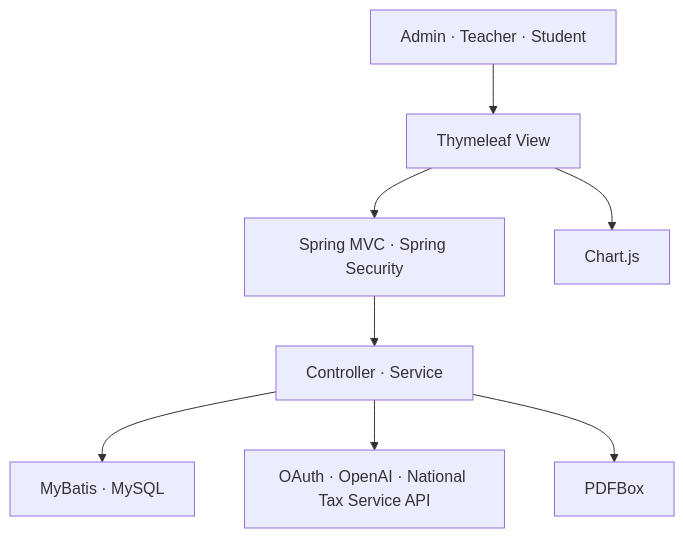
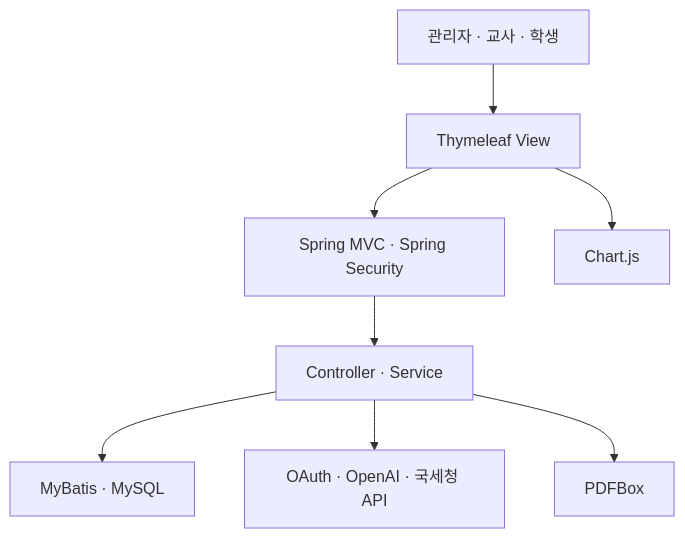
Before and after one commit to Eunhye-yoo/EduPOP: the second of 2 diagrams in README.md, drawn with Mermaid. The commit also changed other lines of this file, not shown here.

```diff
--- a/README.md
+++ b/README.md
@@ -128,10 +134,10 @@
 ~~~mermaid
 flowchart TB
-    U["Admin · Teacher · Student"] --> V["Thymeleaf View"]
+    U["관리자 · 교사 · 학생"] --> V["Thymeleaf View"]
     V --> S["Spring MVC · Spring Security"]
     S --> B["Controller · Service"]
     B --> D["MyBatis · MySQL"]
-    B --> X["OAuth · OpenAI · National Tax Service API"]
+    B --> X["OAuth · OpenAI · 국세청 API"]
     B --> P["PDFBox"]
     V --> C["Chart.js"]
 ~~~
```
